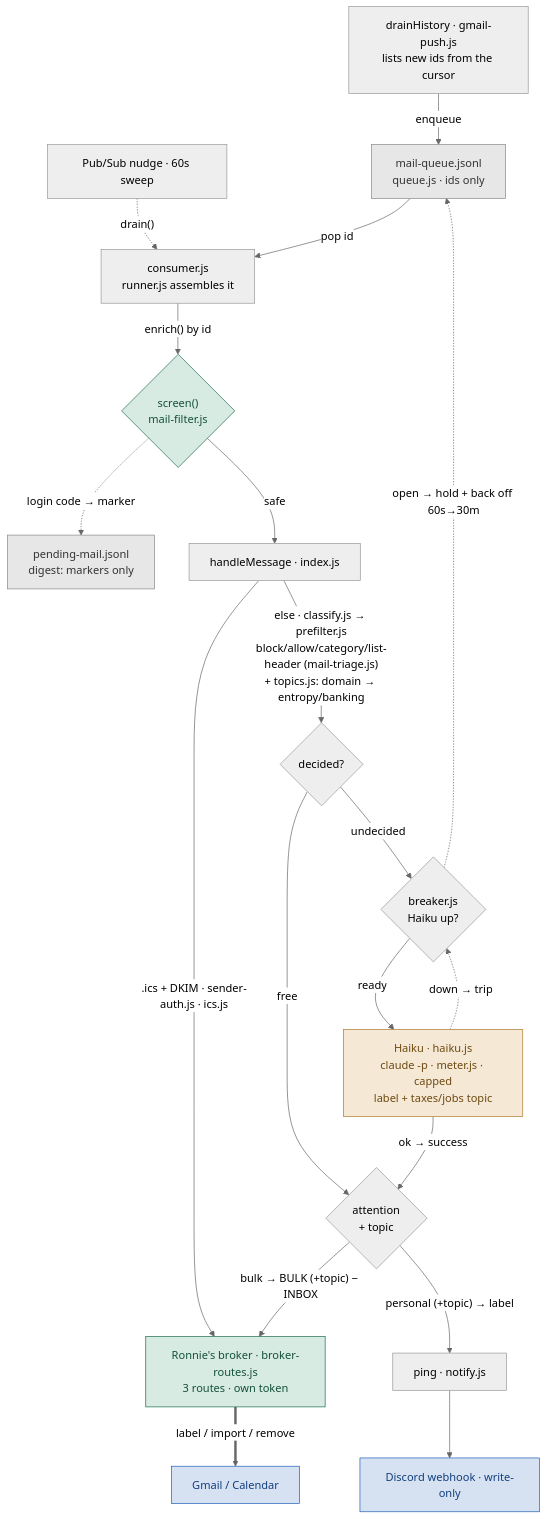
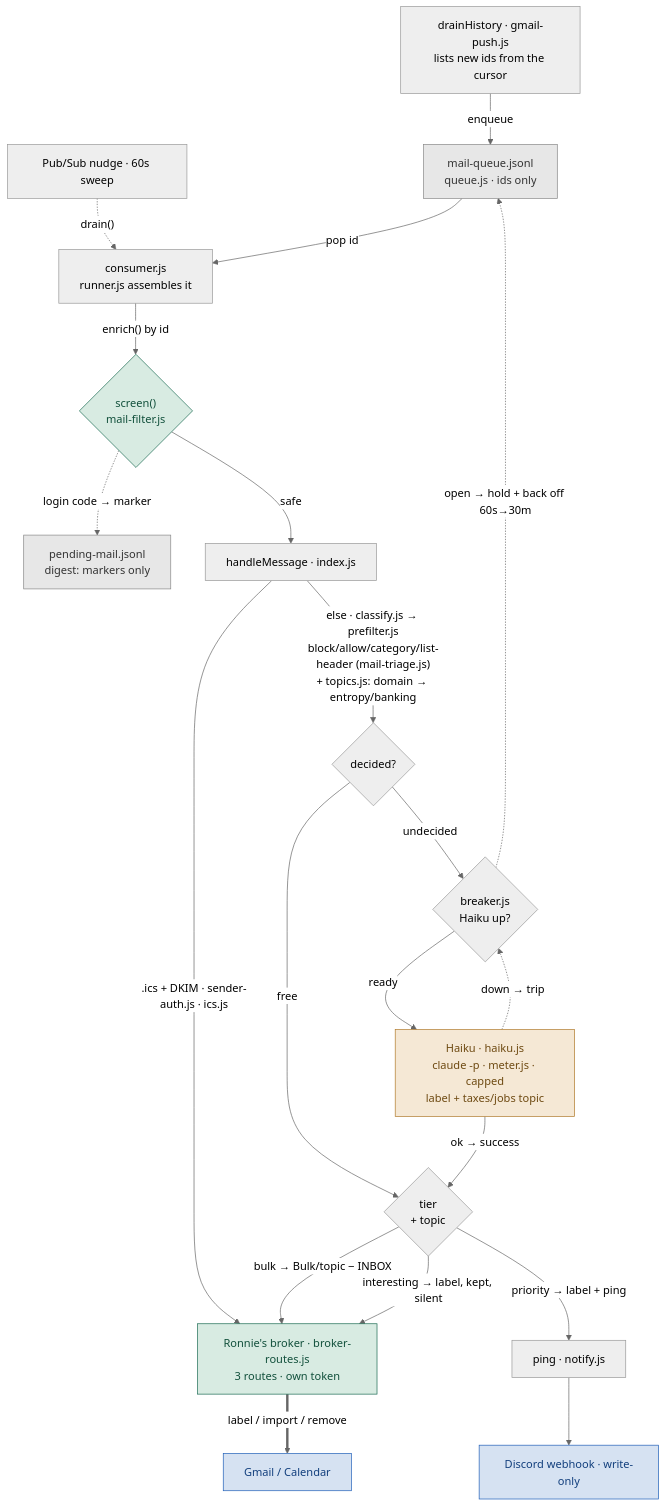
Before and after one commit to KubaJerz/alfred-node: the third of 6 diagrams in SYSTEM-MAP.md, drawn with Mermaid (neutral theme). The commit also changed other lines of this file and 17 other files, not shown here.

````diff
--- a/SYSTEM-MAP.md
+++ b/SYSTEM-MAP.md
@@ -162,30 +162,31 @@
 ```mermaid
 flowchart TD
     D["drainHistory · gmail-push.js<br/>lists new ids from the cursor"] -->|"enqueue"| Q["mail-queue.jsonl<br/>queue.js · ids only"]
     T["Pub/Sub nudge · 60s sweep"] -.->|"drain()"| C
     Q -->|"pop id"| C["consumer.js<br/>runner.js assembles it"]
     C -->|"enrich() by id"| SC{"screen()<br/>mail-filter.js"}
     SC -.->|"login code → marker"| BUF["pending-mail.jsonl<br/>digest: markers only"]
     SC -->|"safe"| H["handleMessage · index.js"]
     H -->|".ics + DKIM · sender-auth.js · ics.js"| RBR
     H -->|"else · classify.js → prefilter.js<br/>block/allow/category/list-header (mail-triage.js)<br/>+ topics.js: domain → entropy/banking"| PF{"decided?"}
     PF -->|"free"| ACT
     PF -->|"undecided"| BR{"breaker.js<br/>Haiku up?"}
     BR -->|"ready"| HK["Haiku · haiku.js<br/>claude -p · meter.js · capped<br/>label + taxes/jobs topic"]
     BR -.->|"open → hold + back off 60s→30m"| Q
-    HK -->|"ok → success"| ACT{"attention<br/>+ topic"}
+    HK -->|"ok → success"| ACT{"tier<br/>+ topic"}
     HK -.->|"down → trip"| BR
-    ACT -->|"bulk → BULK (+topic) − INBOX"| RBR
-    ACT -->|"personal (+topic) → label"| PING["ping · notify.js"]
+    ACT -->|"bulk → Bulk/topic − INBOX"| RBR
+    ACT -->|"interesting → label, kept, silent"| RBR
+    ACT -->|"priority → label + ping"| PING["ping · notify.js"]
     RBR["Ronnie's broker · broker-routes.js<br/>3 routes · own token"] ==>|"label / import / remove"| GM["Gmail / Calendar"]
     PING --> DIS["Discord webhook · write-only"]
 
     classDef external fill:#d6e2f2,stroke:#1f5fb8,color:#123f7d
     classDef gateway fill:#d8ebe2,stroke:#1b6b52,color:#12503c
     classDef agent fill:#f5e8d5,stroke:#b07a2a,color:#6e4a12
     classDef store fill:#e7e7e7,stroke:#888,color:#333
     class GM,DIS external
     class SC,RBR gateway
     class HK agent
     class Q,BUF store
 ```
````
